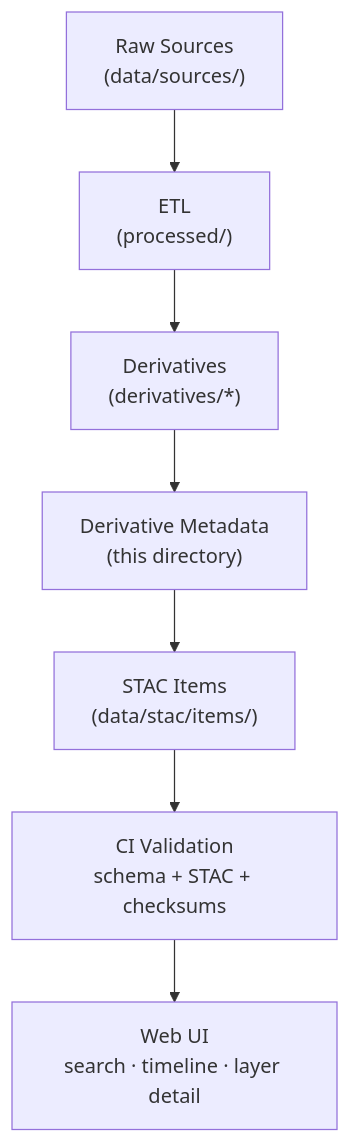
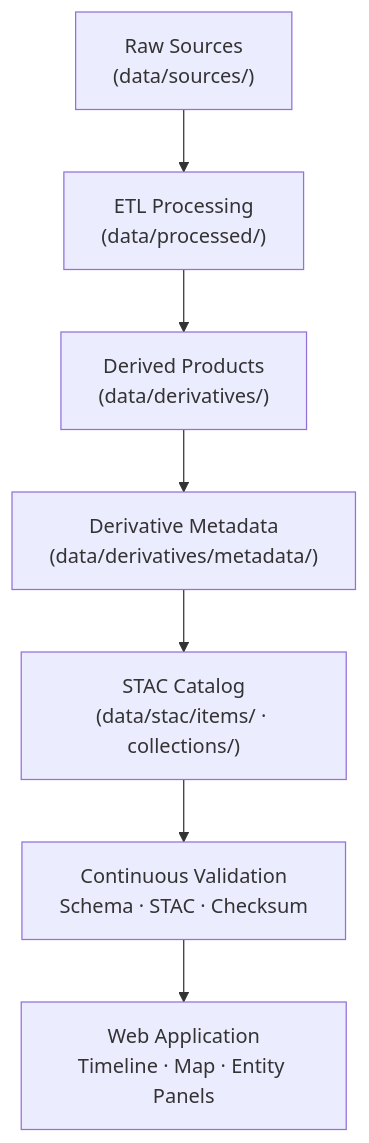
Before and after one commit to bartytime4life/Kansas-Frontier-Matrix: the diagram in data/derivatives/metadata/README.md, drawn with Mermaid. The commit also changed other lines of this file, not shown here.

First line of the commit message:
Revise README for derivative metadata clarity

````diff
--- a/data/derivatives/metadata/README.md
+++ b/data/derivatives/metadata/README.md
@@ -129,10 +130,10 @@
 ```mermaid
 flowchart TD
     A["Raw Sources<br/>(data/sources/)"]
-        --> B["ETL<br/>(processed/)"]
-    B --> C["Derivatives<br/>(derivatives/*)"]
-    C --> D["Derivative Metadata<br/>(this directory)"]
-    D --> E["STAC Items<br/>(data/stac/items/)"]
-    E --> F["CI Validation<br/>schema + STAC + checksums"]
-    F --> G["Web UI<br/>search · timeline · layer detail"]
+        --> B["ETL Processing<br/>(data/processed/)"]
+    B --> C["Derived Products<br/>(data/derivatives/)"]
+    C --> D["Derivative Metadata<br/>(data/derivatives/metadata/)"]
+    D --> E["STAC Catalog<br/>(data/stac/items/ · collections/)"]
+    E --> F["Continuous Validation<br/>Schema · STAC · Checksum"]
+    F --> G["Web Application<br/>Timeline · Map · Entity Panels"]
 ```
````
